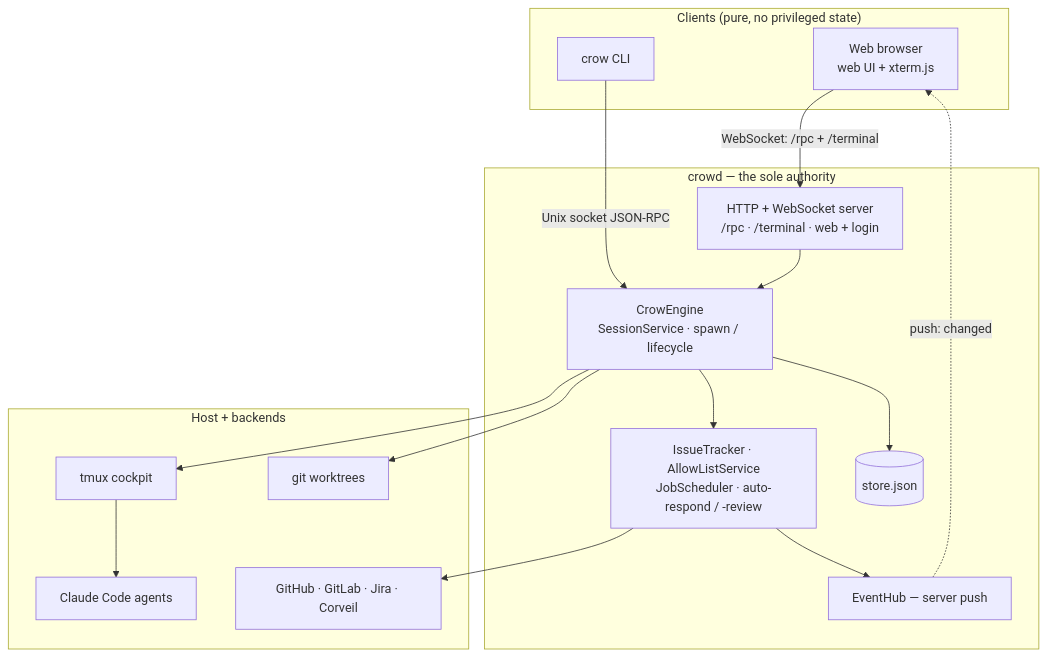
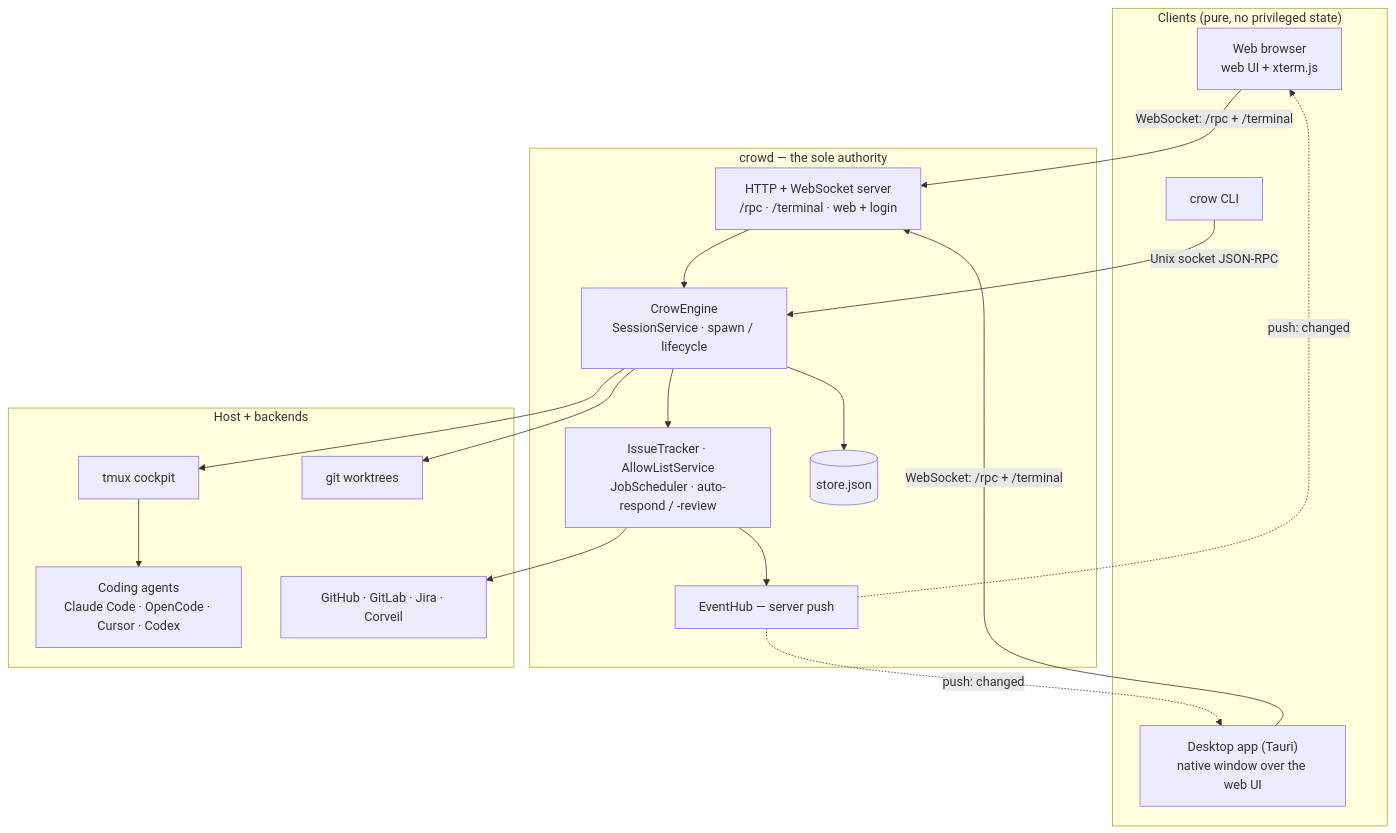
The diagram in README.md (corveil/crow), drawn with Mermaid before and after one commit. The commit also changed other lines of this file and 6 other files, not shown here.

````diff
--- a/README.md
+++ b/README.md
@@ -9,34 +9,37 @@
 ```mermaid
 flowchart TB
     subgraph clients["Clients (pure, no privileged state)"]
         WEB["Web browser<br/>web UI + xterm.js"]
+        DESKTOP["Desktop app (Tauri)<br/>native window over the web UI"]
         CLI["crow CLI"]
     end
 
     subgraph daemon["crowd — the sole authority"]
         HTTP["HTTP + WebSocket server<br/>/rpc · /terminal · web + login"]
         ENGINE["CrowEngine<br/>SessionService · spawn / lifecycle"]
         BOARDS["IssueTracker · AllowListService<br/>JobScheduler · auto-respond / -review"]
         HUB["EventHub — server push"]
         STORE[("store.json")]
     end
 
     subgraph host["Host + backends"]
         TMUX["tmux cockpit"]
-        AGENTS["Claude Code agents"]
+        AGENTS["Coding agents<br/>Claude Code · OpenCode · Cursor · Codex"]
         GIT["git worktrees"]
         PROV["GitHub · GitLab · Jira · Corveil"]
     end
 
     WEB -- "WebSocket: /rpc + /terminal" --> HTTP
+    DESKTOP -- "WebSocket: /rpc + /terminal" --> HTTP
     CLI -- "Unix socket JSON-RPC" --> ENGINE
     HTTP --> ENGINE
     ENGINE --> STORE
     ENGINE --> TMUX
     ENGINE --> GIT
     TMUX --> AGENTS
     ENGINE --> BOARDS
     BOARDS --> PROV
     BOARDS --> HUB
     HUB -. "push: changed" .-> WEB
+    HUB -. "push: changed" .-> DESKTOP
 ```
````
